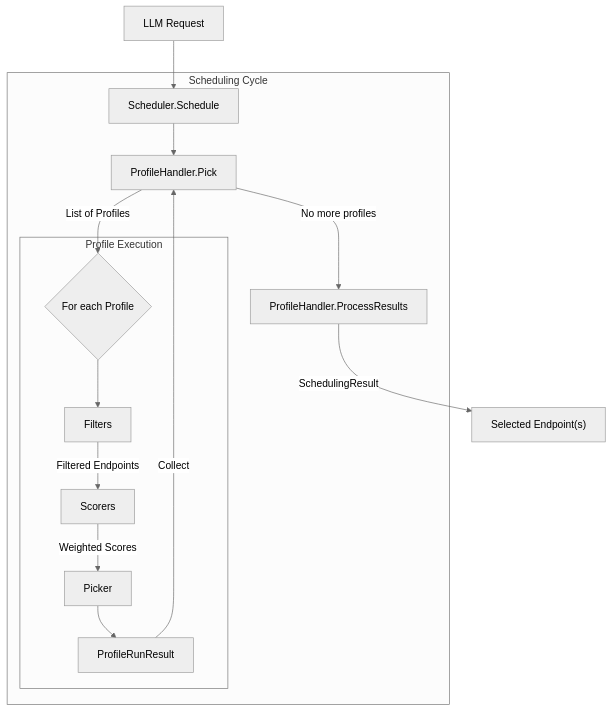
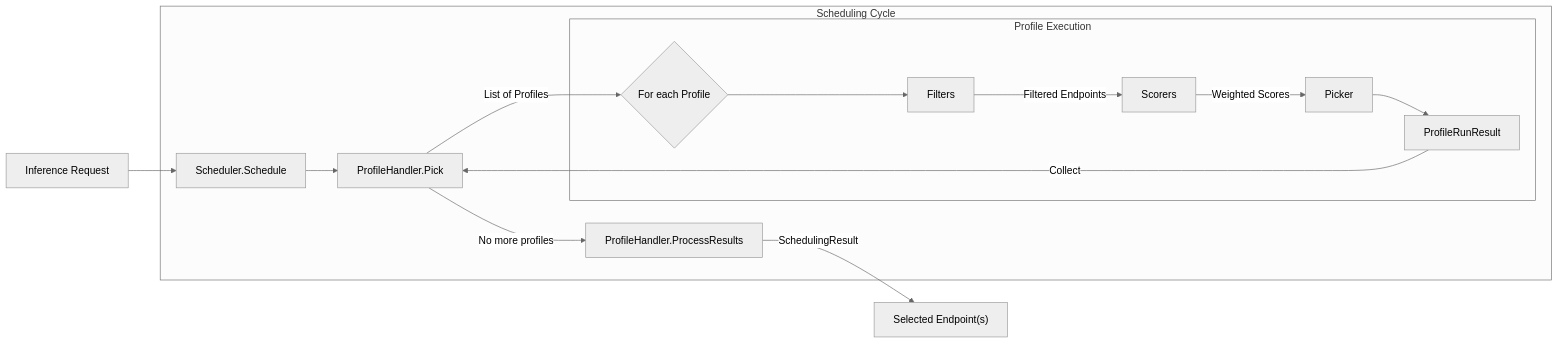
One commit to ahg-g/llm-d changed the first of 2 diagrams in docs/wip-docs-new/architecture/core/epp/scheduling.md. Above: the diagram before and after it, drawn with Mermaid (neutral theme).

````diff
--- a/docs/wip-docs-new/architecture/core/epp/scheduling.md
+++ b/docs/wip-docs-new/architecture/core/epp/scheduling.md
@@ -9,21 +9,21 @@
 ```mermaid
-flowchart TD
-    Req[LLM Request] --> S[Scheduler.Schedule]
+flowchart LR
+    Req[Inference Request] --> S[Scheduler.Schedule]
     
     subgraph Scheduling Cycle
         S --> Pick[ProfileHandler.Pick]
         Pick -->|List of Profiles| Loop{For each Profile}
         
         subgraph Profile Execution
             Loop --> Filters[Filters]
             Filters -->|Filtered Endpoints| Scorers[Scorers]
             Scorers -->|Weighted Scores| Picker[Picker]
             Picker --> Result[ProfileRunResult]
         end
         
         Result -->|Collect| Pick
         Pick -->|No more profiles| PRs[ProfileHandler.ProcessResults]
     end
     
     PRs -->|SchedulingResult| Target["Selected Endpoint(s)"]
 ```
````
